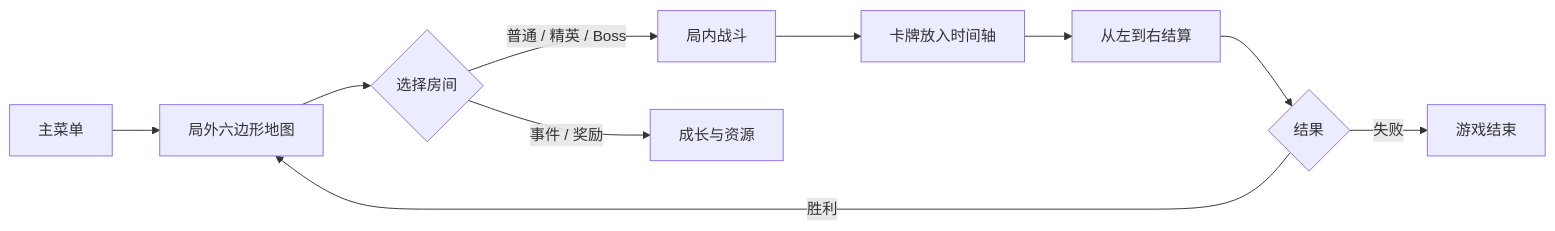
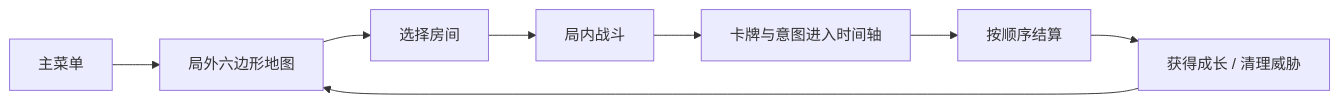
Before and after one commit to xcyhjn/time-key-godot: the first of 4 diagrams in README.md, drawn with Mermaid. The commit also changed other lines of this file, not shown here.

````diff
--- a/README.md
+++ b/README.md
@@ -18,12 +25,10 @@
 ```mermaid
 flowchart LR
     A[主菜单] --> B[局外六边形地图]
-    B --> C{选择房间}
-    C -->|普通 / 精英 / Boss| D[局内战斗]
-    C -->|事件 / 奖励| E[成长与资源]
-    D --> F[卡牌放入时间轴]
-    F --> G[从左到右结算]
-    G --> H{结果}
-    H -->|胜利| B
-    H -->|失败| I[游戏结束]
+    B --> C[选择房间]
+    C --> D[局内战斗]
+    D --> E[卡牌与意图进入时间轴]
+    E --> F[按顺序结算]
+    F --> G[获得成长 / 清理威胁]
+    G --> B
 ```
````
